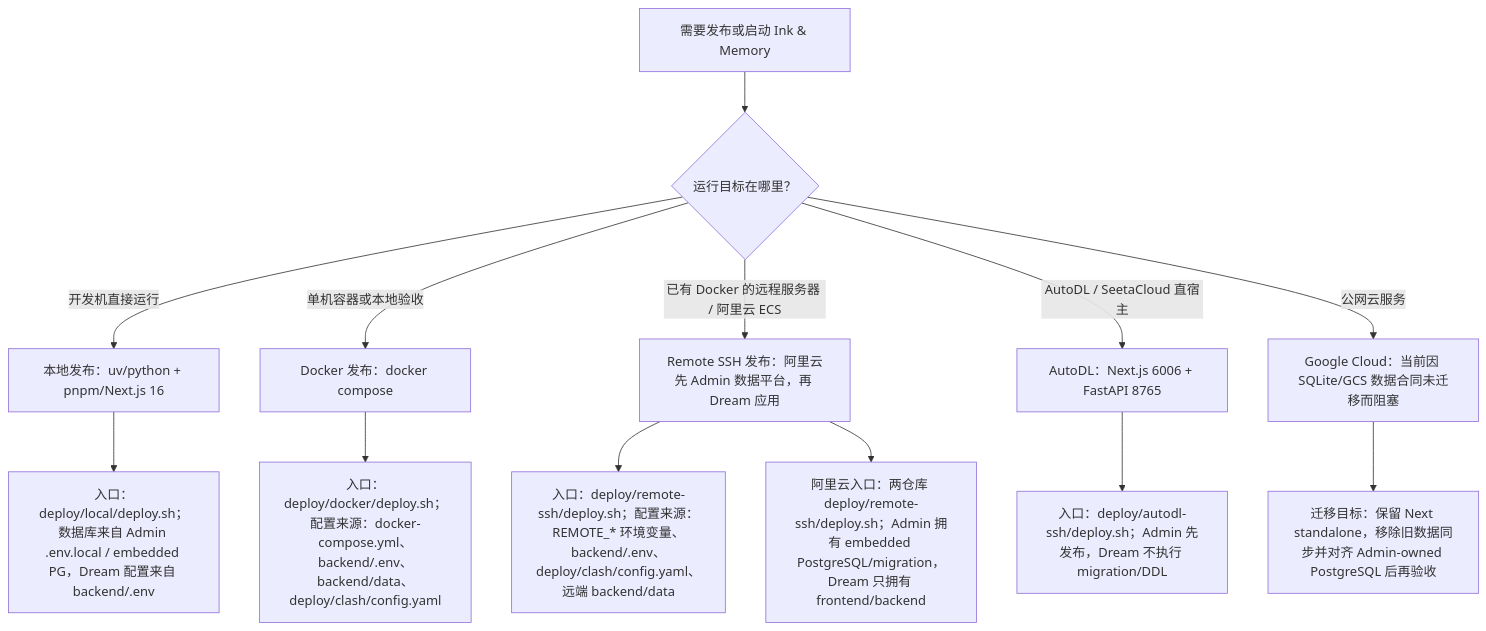
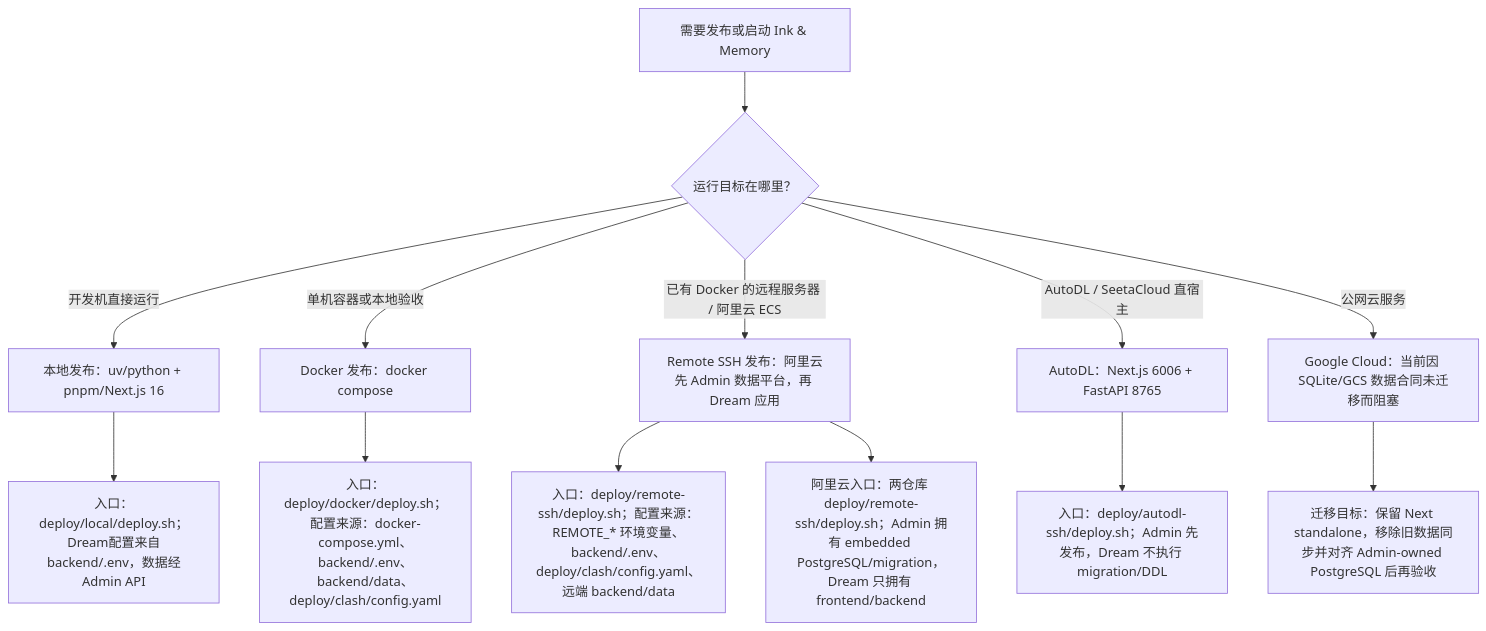
Before and after one commit to glide-the/im-dream: the diagram in docs/deploy/README.md, drawn with Mermaid. The commit also changed other lines of this file and 543 other files, not shown here.

Commit message:
refactor(dream): move production persistence behind admin DTOs

````diff
--- a/docs/deploy/README.md
+++ b/docs/deploy/README.md
@@ -69,15 +70,15 @@
 ```mermaid
 flowchart TD
   A["需要发布或启动 Ink & Memory"] --> B{"运行目标在哪里？"}
   B -->|"开发机直接运行"| C["本地发布：uv/python + pnpm/Next.js 16"]
   B -->|"单机容器或本地验收"| D["Docker 发布：docker compose"]
   B -->|"已有 Docker 的远程服务器 / 阿里云 ECS"| R["Remote SSH 发布：阿里云先 Admin 数据平台，再 Dream 应用"]
   B -->|"AutoDL / SeetaCloud 直宿主"| U["AutoDL：Next.js 6006 + FastAPI 8765"]
   B -->|"公网云服务"| E["Google Cloud：当前因 SQLite/GCS 数据合同未迁移而阻塞"]
-  C --> F["入口：deploy/local/deploy.sh；数据库来自 Admin .env.local / embedded PG，Dream 配置来自 backend/.env"]
+  C --> F["入口：deploy/local/deploy.sh；Dream配置来自backend/.env，数据经Admin API"]
   D --> G["入口：deploy/docker/deploy.sh；配置来源：docker-compose.yml、backend/.env、backend/data、deploy/clash/config.yaml"]
   R --> I["入口：deploy/remote-ssh/deploy.sh；配置来源：REMOTE_* 环境变量、backend/.env、deploy/clash/config.yaml、远端 backend/data"]
   R --> J["阿里云入口：两仓库 deploy/remote-ssh/deploy.sh；Admin 拥有 embedded PostgreSQL/migration，Dream 只拥有 frontend/backend"]
   U --> K["入口：deploy/autodl-ssh/deploy.sh；Admin 先发布，Dream 不执行 migration/DDL"]
   E --> H["迁移目标：保留 Next standalone，移除旧数据同步并对齐 Admin-owned PostgreSQL 后再验收"]
 ```
````
